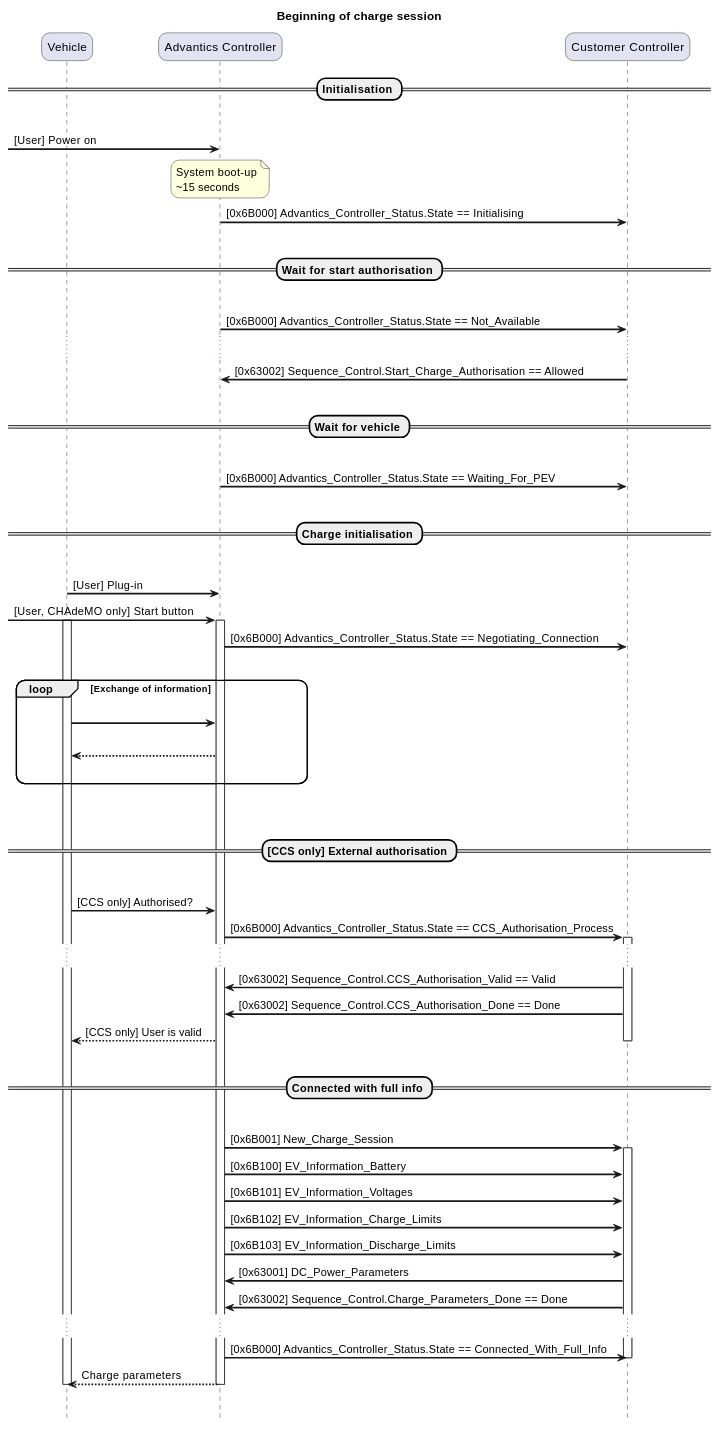
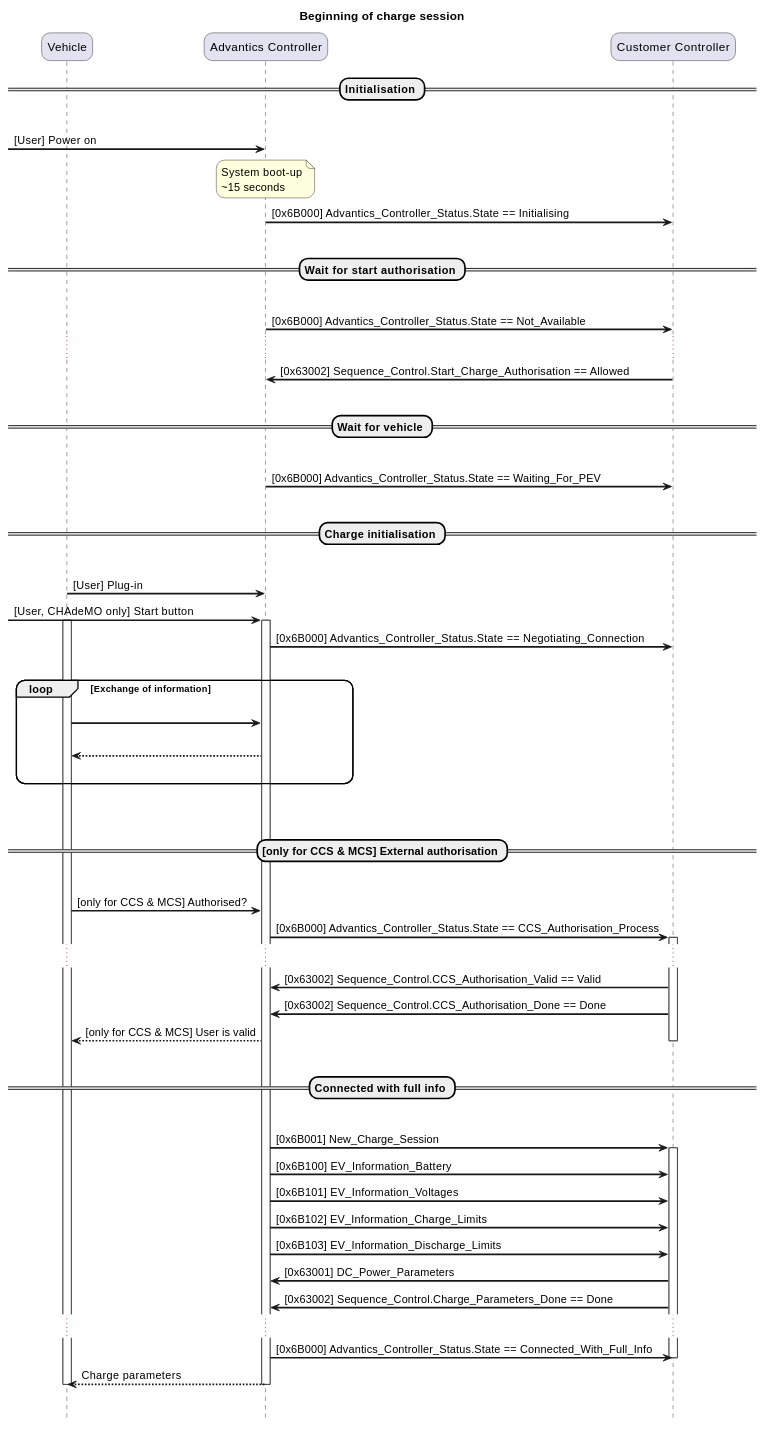
One commit to ADVANTICS/documentation changed the first of 6 diagrams in charge-controllers/secc_generic/power_transfer_sequence_diagram.md. Above: the diagram before and after it, drawn with PlantUML. The commit also changed other lines of this file, not shown here.

Commit message:
Fix, use the updated sequences v3 as source for the Power Transfer Sequence Diagram

```diff
--- a/charge-controllers/secc_generic/power_transfer_sequence_diagram.md
+++ b/charge-controllers/secc_generic/power_transfer_sequence_diagram.md
@@ -58,16 +58,16 @@
 |||
 
 |||
-== [CCS only] External authorisation ==
+== [only for CCS & MCS] External authorisation ==
 |||
 
-PEV -> EVSE: [CCS only] Authorised?
+PEV -> EVSE: [only for CCS & MCS] Authorised?
 EVSE -> Charger: [0x6B000] Advantics_Controller_Status.State == CCS_Authorisation_Process
 activate Charger
 ...
 Charger -> EVSE: [0x63002] Sequence_Control.CCS_Authorisation_Valid == Valid
 Charger -> EVSE: [0x63002] Sequence_Control.CCS_Authorisation_Done == Done
-EVSE --> PEV: [CCS only] User is valid
+EVSE --> PEV: [only for CCS & MCS] User is valid
 deactivate Charger
 
 |||
```
